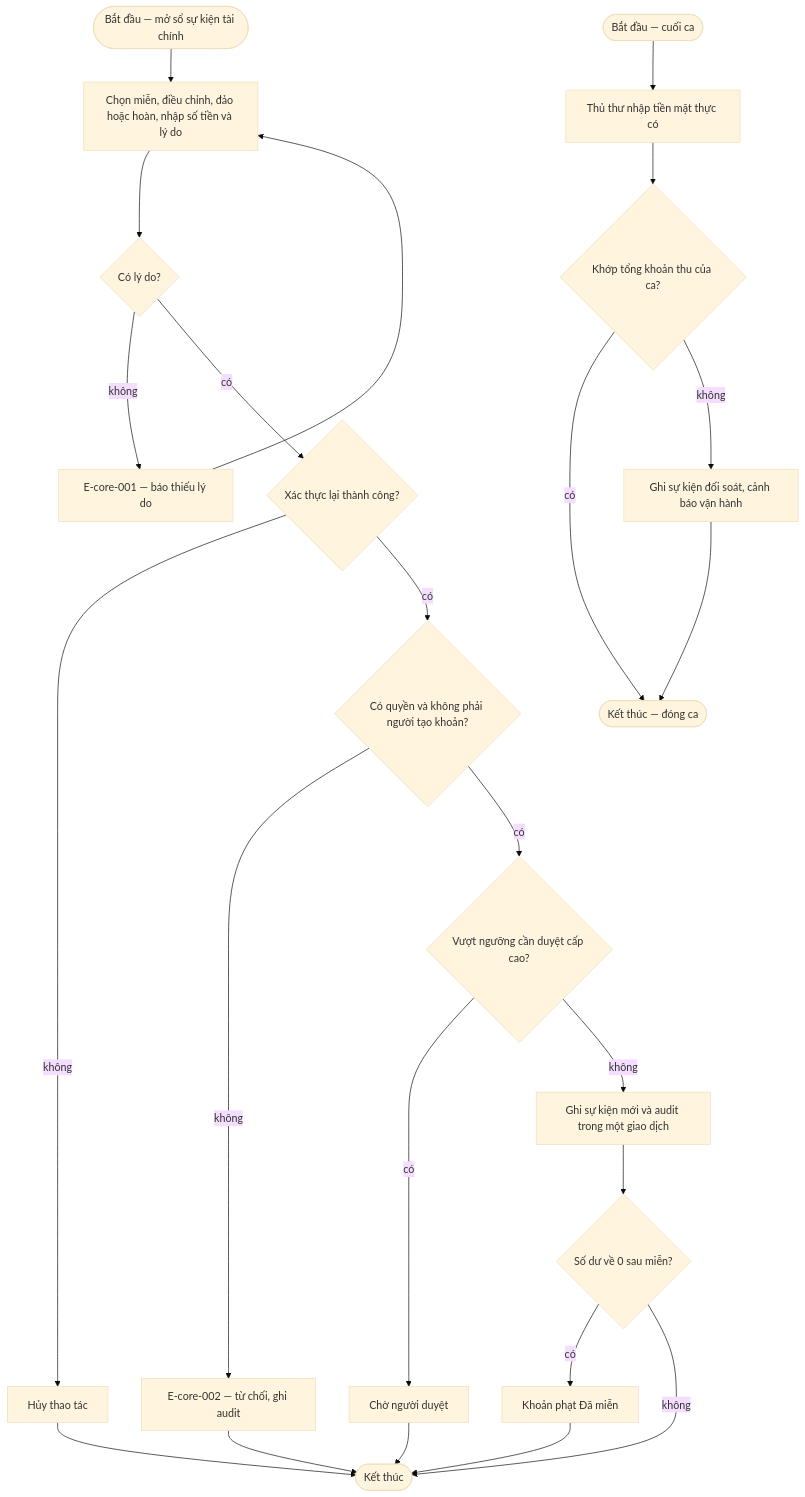
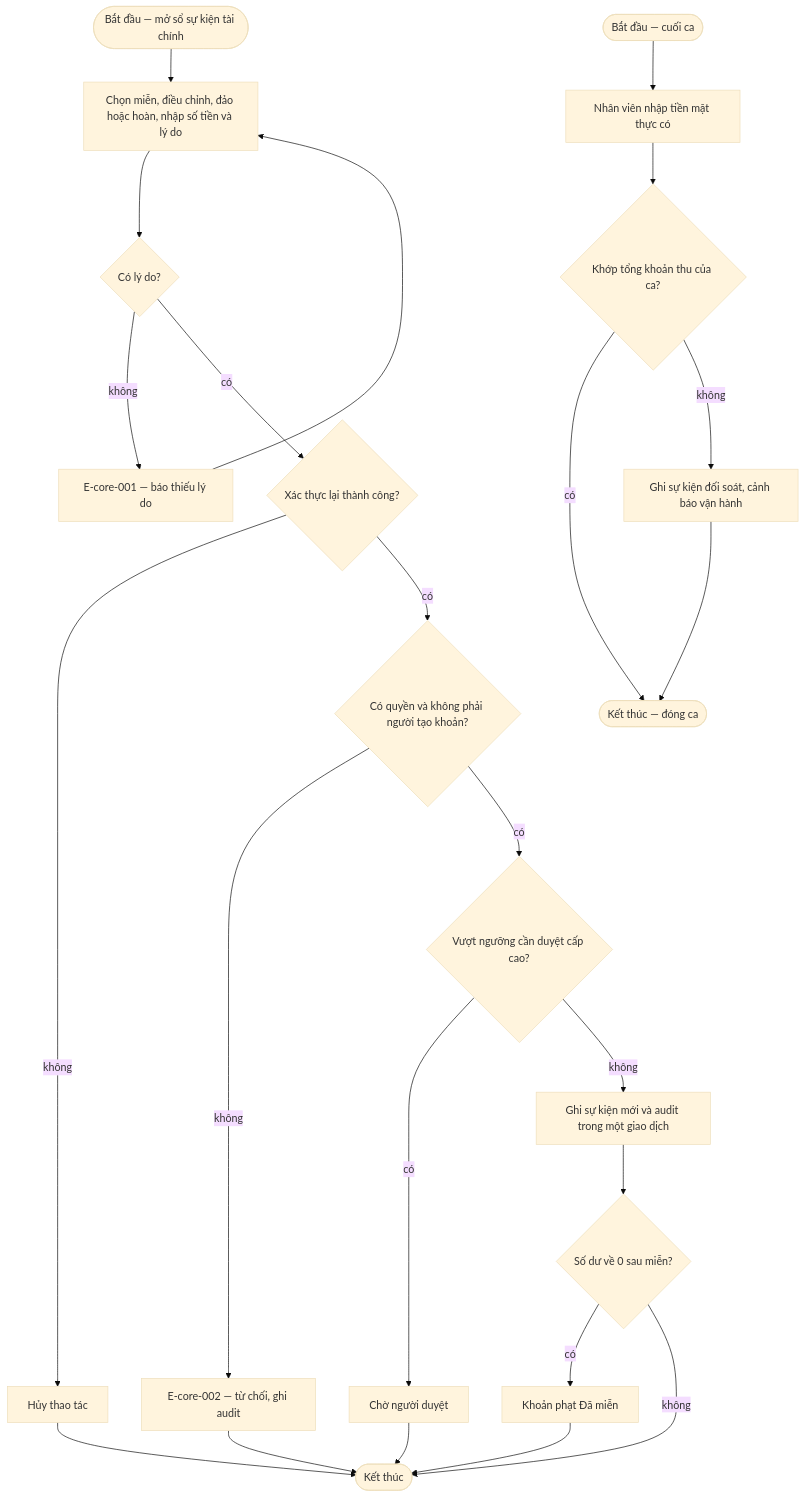
The diagram in docs/features/fine-collection-adv/srs/fine-collection-adv-flows.md (DatTran26/quanlythuvien), drawn with Mermaid (base theme) before and after one commit. The commit also changed other lines of this file and 250 other files, not shown here.

````diff
--- a/docs/features/fine-collection-adv/srs/fine-collection-adv-flows.md
+++ b/docs/features/fine-collection-adv/srs/fine-collection-adv-flows.md
@@ -13,26 +13,26 @@
 ```mermaid
 flowchart TD
     Start(["Bắt đầu — mở sổ sự kiện tài chính"]) --> Pick["Chọn miễn, điều chỉnh, đảo hoặc hoàn, nhập số tiền và lý do"]
     Pick --> Reason{"Có lý do?"}
     Reason -->|"không"| Err1["E-core-001 — báo thiếu lý do"]
     Err1 --> Pick
     Reason -->|"có"| StepUp{"Xác thực lại thành công?"}
     StepUp -->|"không"| Cancel["Hủy thao tác"]
     StepUp -->|"có"| Perm{"Có quyền và không phải người tạo khoản?"}
     Perm -->|"không"| Deny["E-core-002 — từ chối, ghi audit"]
     Perm -->|"có"| Limit{"Vượt ngưỡng cần duyệt cấp cao?"}
     Limit -->|"có"| Wait["Chờ người duyệt"]
     Limit -->|"không"| Write["Ghi sự kiện mới và audit trong một giao dịch"]
     Write --> Zero{"Số dư về 0 sau miễn?"}
     Zero -->|"có"| Close["Khoản phạt Đã miễn"]
     Zero -->|"không"| End(["Kết thúc"])
     Close --> End
     Cancel --> End
     Deny --> End
     Wait --> End
-    Shift(["Bắt đầu — cuối ca"]) --> Count["Thủ thư nhập tiền mặt thực có"]
+    Shift(["Bắt đầu — cuối ca"]) --> Count["Nhân viên nhập tiền mặt thực có"]
     Count --> Match{"Khớp tổng khoản thu của ca?"}
     Match -->|"có"| EndShift(["Kết thúc — đóng ca"])
     Match -->|"không"| Recon["Ghi sự kiện đối soát, cảnh báo vận hành"]
     Recon --> EndShift
 ```
````
